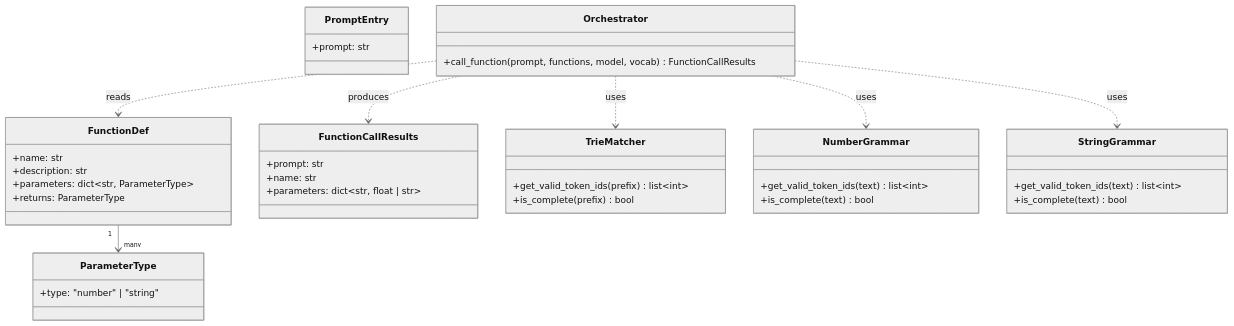
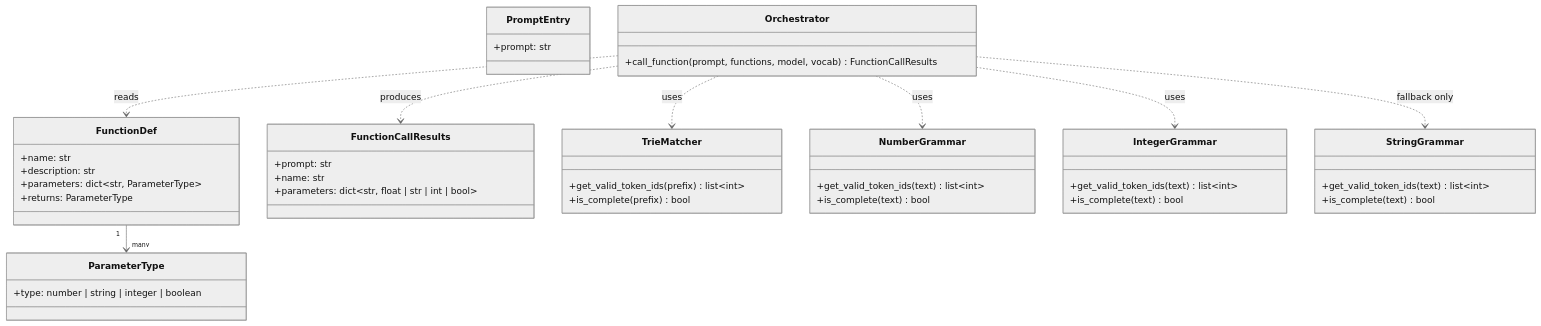
The fourth of 5 diagrams in TECHNICAL_DOCUMENTATION.md (abdullahsmatrix/call_me_maybe), drawn with Mermaid (neutral theme) before and after one commit. The commit also changed other lines of this file and 3 other files, not shown here.

````diff
--- a/TECHNICAL_DOCUMENTATION.md
+++ b/TECHNICAL_DOCUMENTATION.md
@@ -231,44 +310,49 @@
 ```mermaid
 classDiagram
     class FunctionDef {
         +name: str
         +description: str
         +parameters: dict~str, ParameterType~
         +returns: ParameterType
     }
     class ParameterType {
-        +type: "number" | "string"
+        +type: number | string | integer | boolean
     }
     class PromptEntry {
         +prompt: str
     }
     class FunctionCallResults {
         +prompt: str
         +name: str
-        +parameters: dict~str, float | str~
+        +parameters: dict~str, float | str | int | bool~
     }
 
     class TrieMatcher {
         +get_valid_token_ids(prefix) list~int~
         +is_complete(prefix) bool
     }
     class NumberGrammar {
+        +get_valid_token_ids(text) list~int~
+        +is_complete(text) bool
+    }
+    class IntegerGrammar {
         +get_valid_token_ids(text) list~int~
         +is_complete(text) bool
     }
     class StringGrammar {
         +get_valid_token_ids(text) list~int~
         +is_complete(text) bool
     }
 
     class Orchestrator {
         +call_function(prompt, functions, model, vocab) FunctionCallResults
     }
 
     FunctionDef "1" --> "many" ParameterType
     Orchestrator ..> TrieMatcher : uses
     Orchestrator ..> NumberGrammar : uses
-    Orchestrator ..> StringGrammar : uses
+    Orchestrator ..> IntegerGrammar : uses
+    Orchestrator ..> StringGrammar : fallback only
     Orchestrator ..> FunctionDef : reads
     Orchestrator ..> FunctionCallResults : produces
 ```
````
